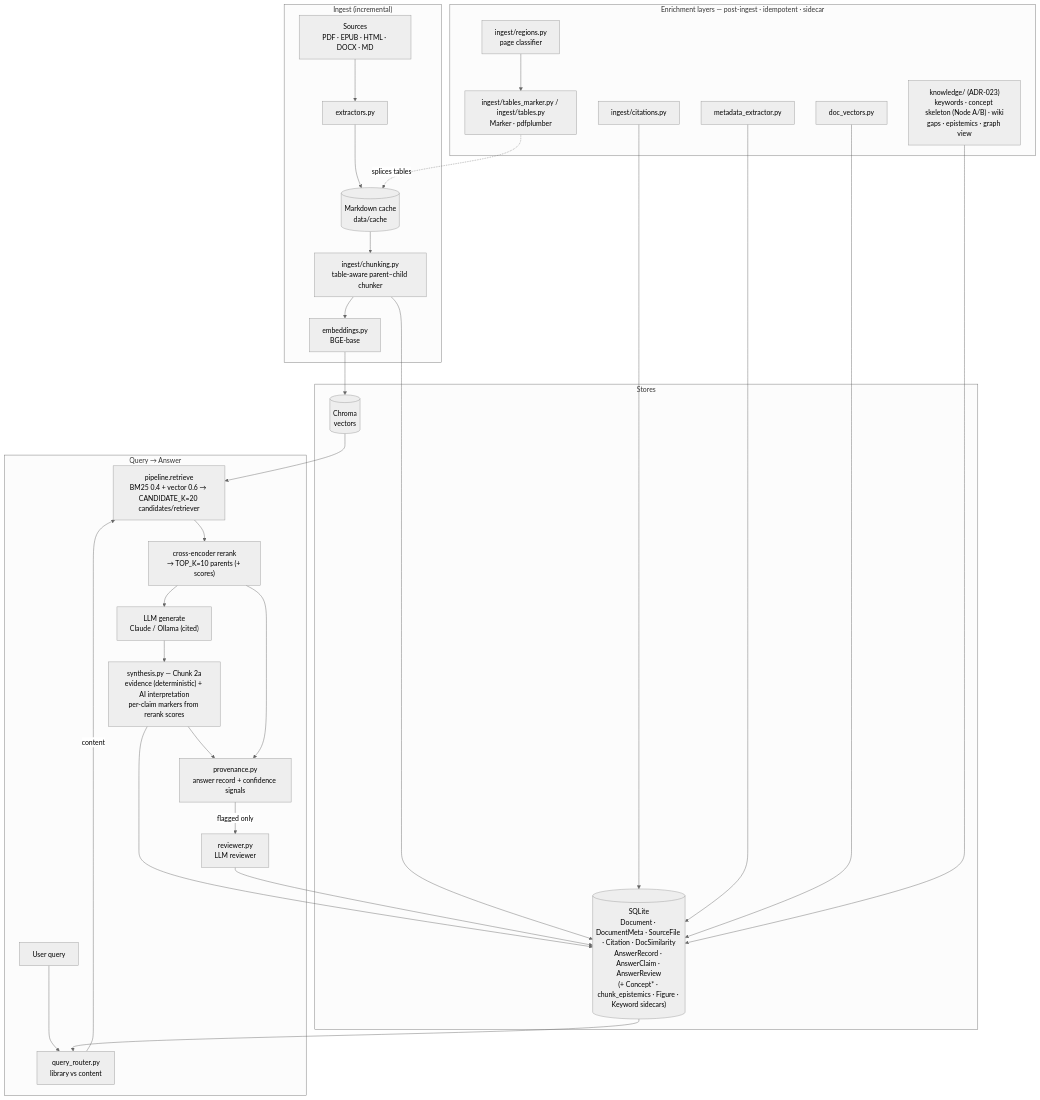
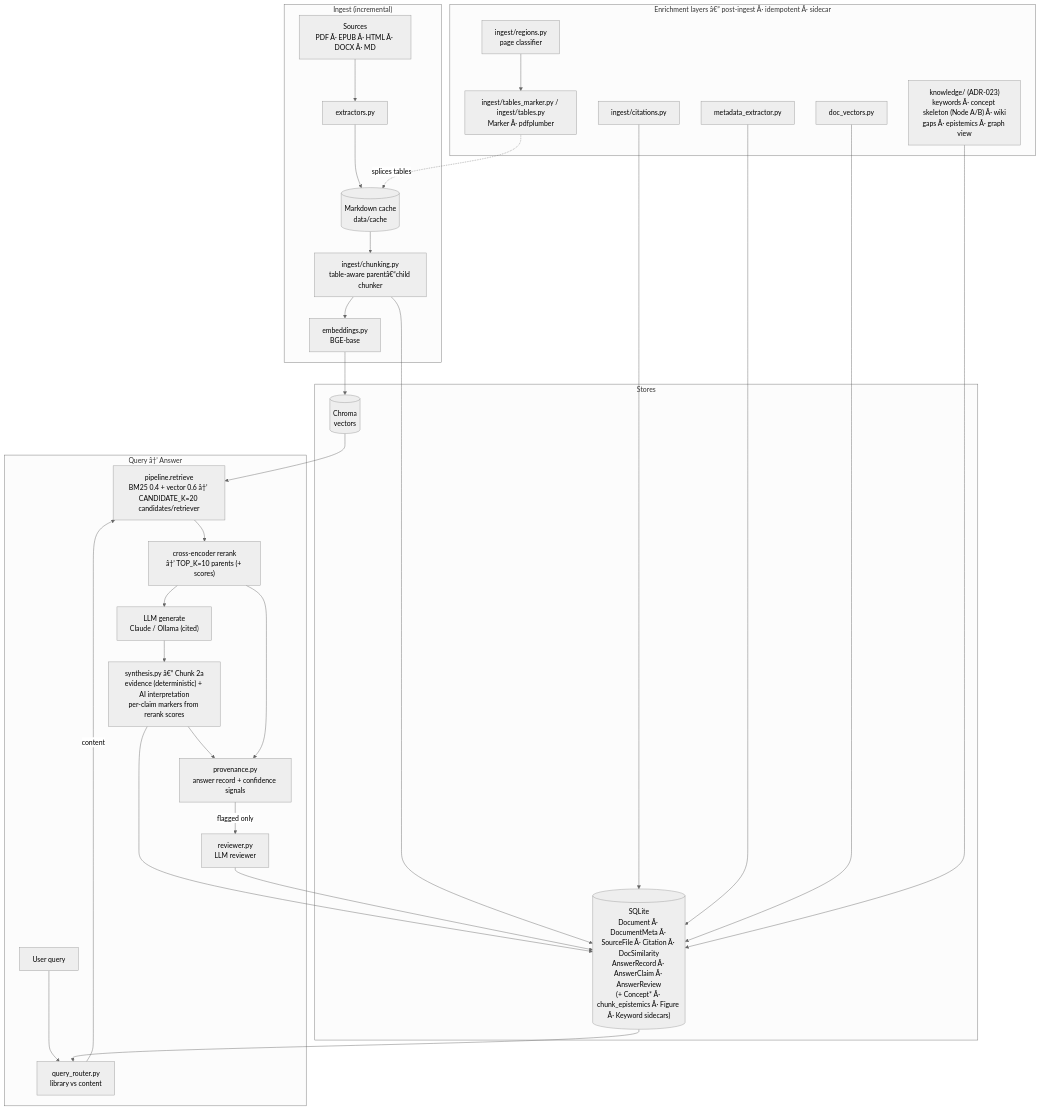
The first of 2 diagrams in docs/architecture.md (ldele/doc_assistant), drawn with Mermaid (neutral theme) before and after one commit. The commit also changed other lines of this file and 5 other files, not shown here.

````diff
--- a/docs/architecture.md
+++ b/docs/architecture.md
@@ -30,45 +30,45 @@
 ```mermaid
 flowchart TD
     subgraph ING["Ingest (incremental)"]
-        SRC["Sources<br/>PDF · EPUB · HTML · DOCX · MD"] --> EXT["extractors.py"]
+        SRC["Sources<br/>PDF Â· EPUB Â· HTML Â· DOCX Â· MD"] --> EXT["extractors.py"]
         EXT --> CACHE[("Markdown cache<br/>data/cache")]
-        CACHE --> CHUNK["ingest/chunking.py<br/>table-aware parent–child chunker"]
+        CACHE --> CHUNK["ingest/chunking.py<br/>table-aware parentâ€“child chunker"]
         CHUNK --> EMB["embeddings.py<br/>BGE-base"]
     end
 
-    subgraph ENR["Enrichment layers — post-ingest · idempotent · sidecar"]
-        REG["ingest/regions.py<br/>page classifier"] --> TBL["ingest/tables_marker.py / ingest/tables.py<br/>Marker · pdfplumber"]
+    subgraph ENR["Enrichment layers â€” post-ingest Â· idempotent Â· sidecar"]
+        REG["ingest/regions.py<br/>page classifier"] --> TBL["ingest/tables_marker.py / ingest/tables.py<br/>Marker Â· pdfplumber"]
         CIT["ingest/citations.py"]
         MD["metadata_extractor.py"]
         DV["doc_vectors.py"]
-        KNW["knowledge/ (ADR-023)<br/>keywords · concept skeleton (Node A/B) · wiki<br/>gaps · epistemics · graph view"]
+        KNW["knowledge/ (ADR-023)<br/>keywords Â· concept skeleton (Node A/B) Â· wiki<br/>gaps Â· epistemics Â· graph view"]
     end
 
     subgraph ST["Stores"]
         CHROMA[("Chroma<br/>vectors")]
-        SQL[("SQLite<br/>Document · DocumentMeta · SourceFile · Citation · DocSimilarity<br/>AnswerRecord · AnswerClaim · AnswerReview<br/>(+ Concept* · chunk_epistemics · Figure · Keyword sidecars)")]
+        SQL[("SQLite<br/>Document Â· DocumentMeta Â· SourceFile Â· Citation Â· DocSimilarity<br/>AnswerRecord Â· AnswerClaim Â· AnswerReview<br/>(+ Concept* Â· chunk_epistemics Â· Figure Â· Keyword sidecars)")]
     end
 
-    subgraph QRY["Query → Answer"]
+    subgraph QRY["Query â†’ Answer"]
         Q["User query"] --> ROUTE["query_router.py<br/>library vs content"]
-        ROUTE -->|content| RET["pipeline.retrieve<br/>BM25 0.4 + vector 0.6 → CANDIDATE_K=20 candidates/retriever"]
-        RET --> RR["cross-encoder rerank<br/>→ TOP_K=10 parents (+ scores)"]
+        ROUTE -->|content| RET["pipeline.retrieve<br/>BM25 0.4 + vector 0.6 â†’ CANDIDATE_K=20 candidates/retriever"]
+        RET --> RR["cross-encoder rerank<br/>â†’ TOP_K=10 parents (+ scores)"]
         RR --> GEN["LLM generate<br/>Claude / Ollama (cited)"]
-        GEN --> SYN["synthesis.py — Chunk 2a<br/>evidence (deterministic) + AI interpretation<br/>per-claim markers from rerank scores"]
+        GEN --> SYN["synthesis.py â€” Chunk 2a<br/>evidence (deterministic) + AI interpretation<br/>per-claim markers from rerank scores"]
         SYN --> PROV["provenance.py<br/>answer record + confidence signals"]
         PROV -->|flagged only| REV["reviewer.py<br/>LLM reviewer"]
     end
 
     EMB --> CHROMA
     CHUNK --> SQL
     CIT --> SQL
     MD --> SQL
     DV --> SQL
     KNW --> SQL
     TBL -. splices tables .-> CACHE
     CHROMA --> RET
     SQL --> ROUTE
     RR --> PROV
     SYN --> SQL
     REV --> SQL
 ```
````
